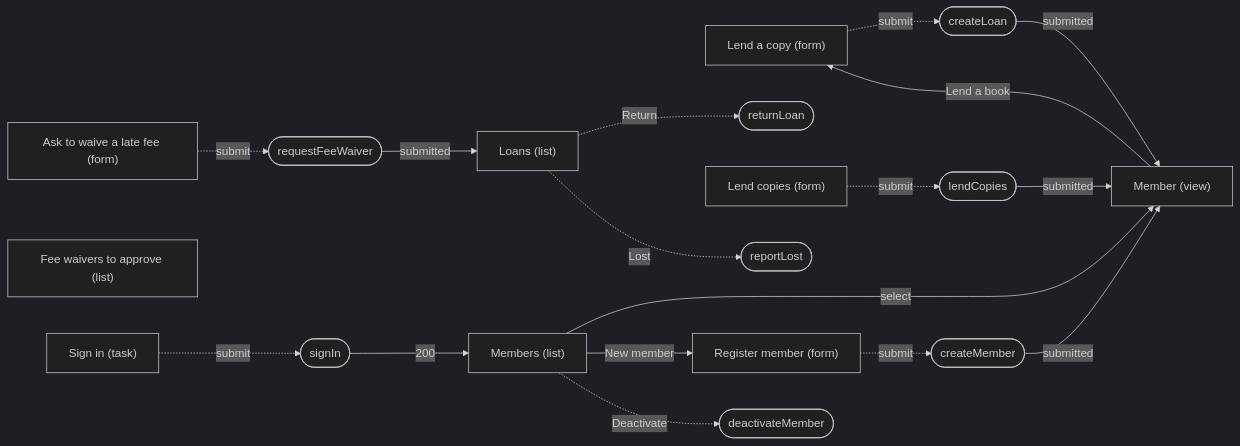
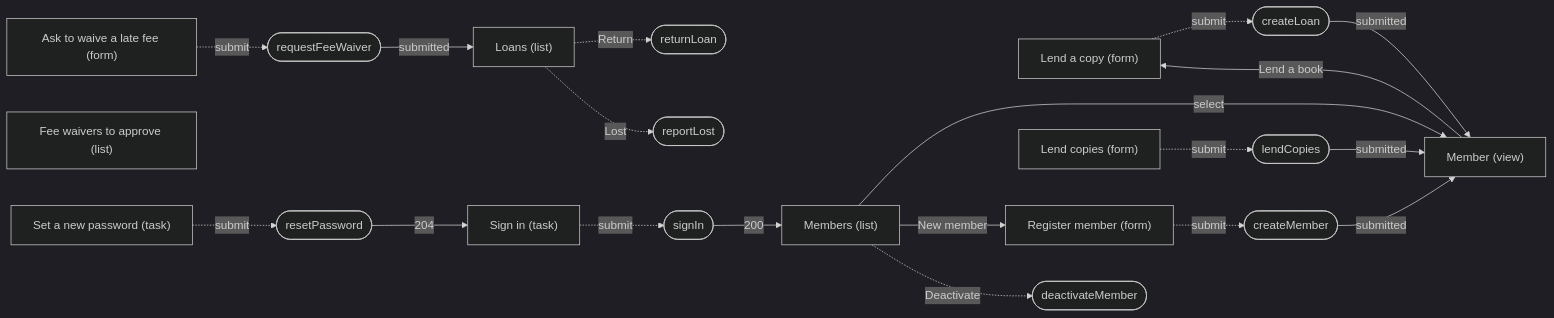
Before and after one commit to SpecArch/specarch: diagram 19 of 20 in examples/library-lending/docs/techspec.md, drawn with Mermaid (dark theme). The commit also changed other lines of this file and 57 other files, not shown here.

````diff
--- a/examples/library-lending/docs/techspec.md
+++ b/examples/library-lending/docs/techspec.md
@@ -798,36 +816,40 @@
 ```mermaid
 flowchart LR
   fee_waiver_form["Ask to waive a late fee (form)"]
   fee_waivers_inbox["Fee waivers to approve (list)"]
   loan_form["Lend a copy (form)"]
   loans_list["Loans (list)"]
   member_form["Register member (form)"]
   member_loans["Lend copies (form)"]
   member_view["Member (view)"]
   members_list["Members (list)"]
+  reset_password["Set a new password (task)"]
   sign_in["Sign in (task)"]
   op_requestFeeWaiver(["requestFeeWaiver"])
   fee_waiver_form -.->|"submit"| op_requestFeeWaiver
   op_requestFeeWaiver -->|"submitted"| loans_list
   op_createLoan(["createLoan"])
   loan_form -.->|"submit"| op_createLoan
   op_createLoan -->|"submitted"| member_view
   op_returnLoan(["returnLoan"])
   loans_list -.->|"Return"| op_returnLoan
   op_reportLost(["reportLost"])
   loans_list -.->|"Lost"| op_reportLost
   op_createMember(["createMember"])
   member_form -.->|"submit"| op_createMember
   op_createMember -->|"submitted"| member_view
   op_lendCopies(["lendCopies"])
   member_loans -.->|"submit"| op_lendCopies
   op_lendCopies -->|"submitted"| member_view
   member_view -->|"Lend a book"| loan_form
   members_list -->|"select"| member_view
   members_list -->|"New member"| member_form
   op_deactivateMember(["deactivateMember"])
   members_list -.->|"Deactivate"| op_deactivateMember
+  op_resetPassword(["resetPassword"])
+  reset_password -.->|"submit"| op_resetPassword
+  op_resetPassword -->|"204"| sign_in
   op_signIn(["signIn"])
   sign_in -.->|"submit"| op_signIn
   op_signIn -->|"200"| members_list
 ```
````
